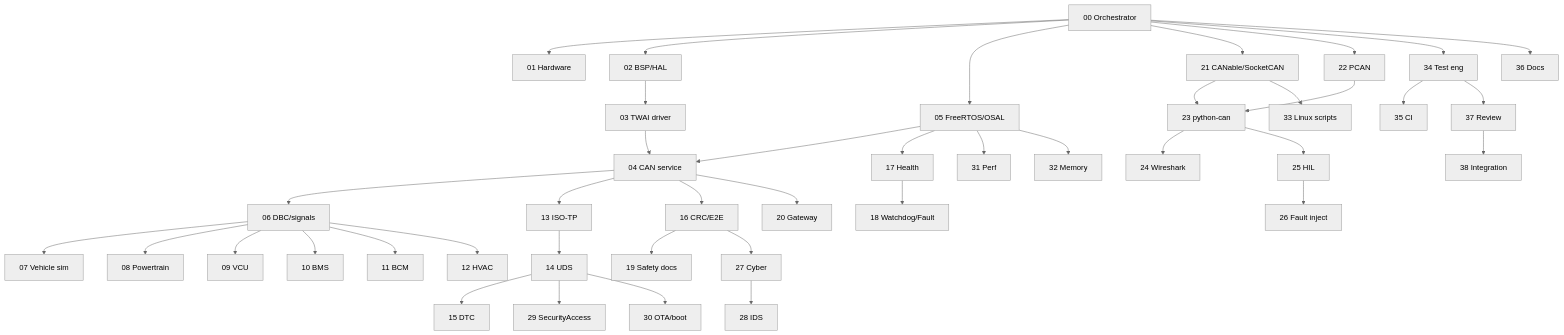
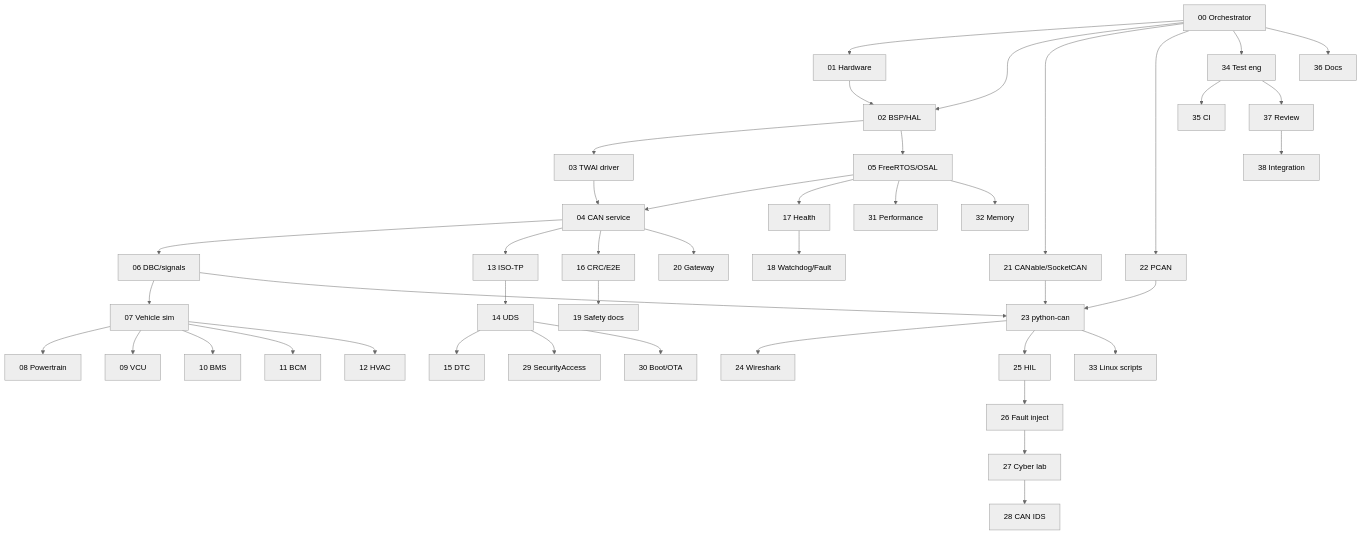
The diagram in docs/architecture/can_lab_orchestrator.md (Embedded-AI-Design-Labs-Pvt-Ltd/ESP32_C3_Automotive_Products), drawn with Mermaid (neutral theme) before and after one commit. The commit also changed other lines of this file and 33 other files, not shown here.

First line of the commit message:
Add CAN lab Wave 1: hardware docs, DBC, E2E/CRC, SocketCAN and python tools.

````diff
--- a/docs/architecture/can_lab_orchestrator.md
+++ b/docs/architecture/can_lab_orchestrator.md
@@ -71,43 +26,45 @@
 ```mermaid
-flowchart TB
+flowchart TD
   A00[00 Orchestrator] --> A01[01 Hardware]
   A00 --> A02[02 BSP/HAL]
+  A01 --> A02
   A02 --> A03[03 TWAI driver]
   A03 --> A04[04 CAN service]
-  A00 --> A05[05 FreeRTOS/OSAL]
+  A02 --> A05[05 FreeRTOS/OSAL]
   A05 --> A04
   A04 --> A06[06 DBC/signals]
   A06 --> A07[07 Vehicle sim]
-  A06 --> A08[08 Powertrain]
-  A06 --> A09[09 VCU]
-  A06 --> A10[10 BMS]
-  A06 --> A11[11 BCM]
-  A06 --> A12[12 HVAC]
+  A07 --> A08[08 Powertrain]
+  A07 --> A09[09 VCU]
+  A07 --> A10[10 BMS]
+  A07 --> A11[11 BCM]
+  A07 --> A12[12 HVAC]
   A04 --> A13[13 ISO-TP]
   A13 --> A14[14 UDS]
   A14 --> A15[15 DTC]
   A04 --> A16[16 CRC/E2E]
   A05 --> A17[17 Health]
   A17 --> A18[18 Watchdog/Fault]
   A16 --> A19[19 Safety docs]
   A04 --> A20[20 Gateway]
   A00 --> A21[21 CANable/SocketCAN]
   A00 --> A22[22 PCAN]
   A21 --> A23[23 python-can]
   A22 --> A23
+  A06 --> A23
   A23 --> A24[24 Wireshark]
   A23 --> A25[25 HIL]
   A25 --> A26[26 Fault inject]
-  A16 --> A27[27 Cyber]
-  A27 --> A28[28 IDS]
+  A26 --> A27[27 Cyber lab]
+  A27 --> A28[28 CAN IDS]
   A14 --> A29[29 SecurityAccess]
-  A14 --> A30[30 OTA/boot]
-  A05 --> A31[31 Perf]
+  A14 --> A30[30 Boot/OTA]
+  A05 --> A31[31 Performance]
   A05 --> A32[32 Memory]
-  A21 --> A33[33 Linux scripts]
+  A23 --> A33[33 Linux scripts]
   A00 --> A34[34 Test eng]
   A34 --> A35[35 CI]
   A00 --> A36[36 Docs]
   A34 --> A37[37 Review]
   A37 --> A38[38 Integration]
 ```
````
